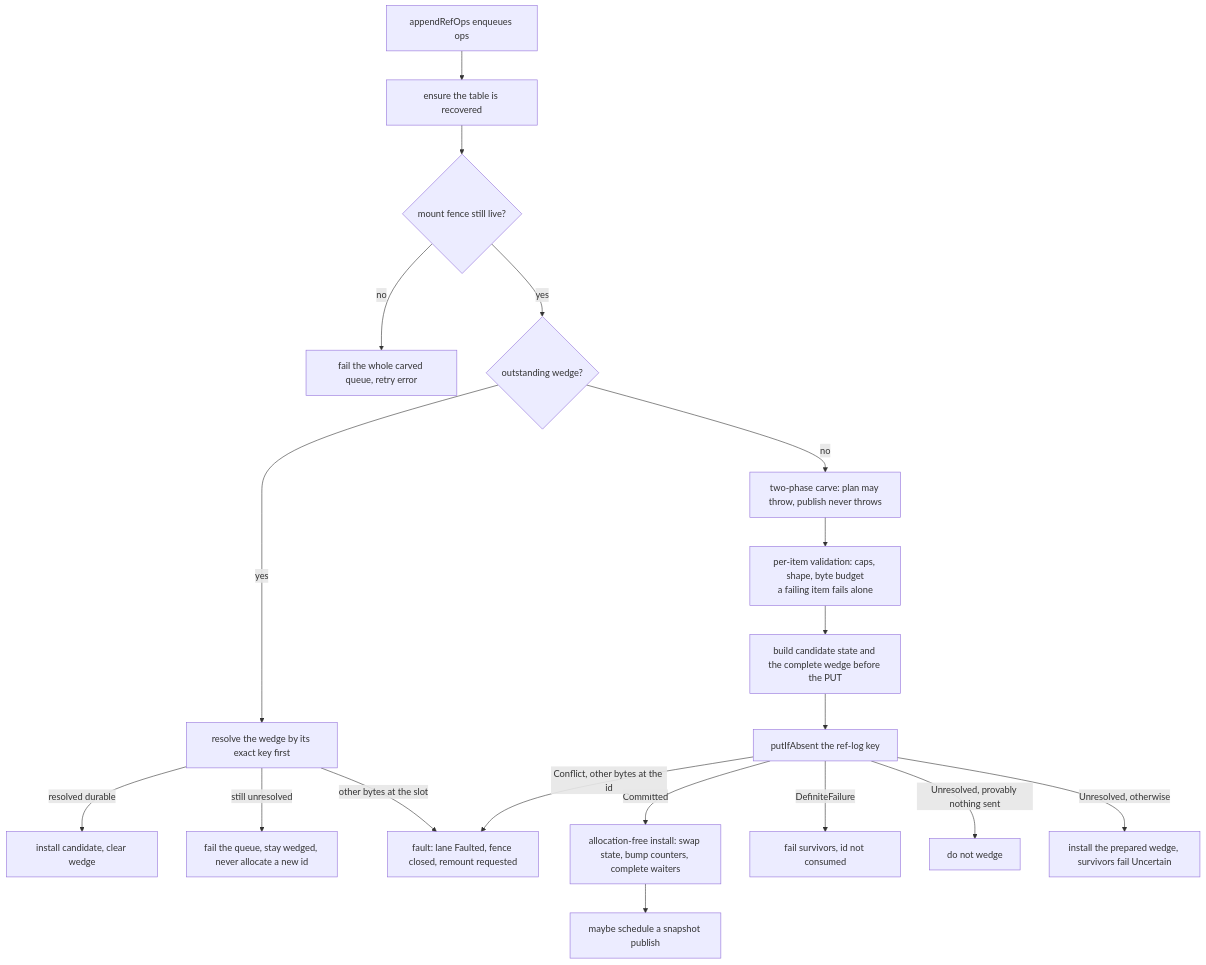
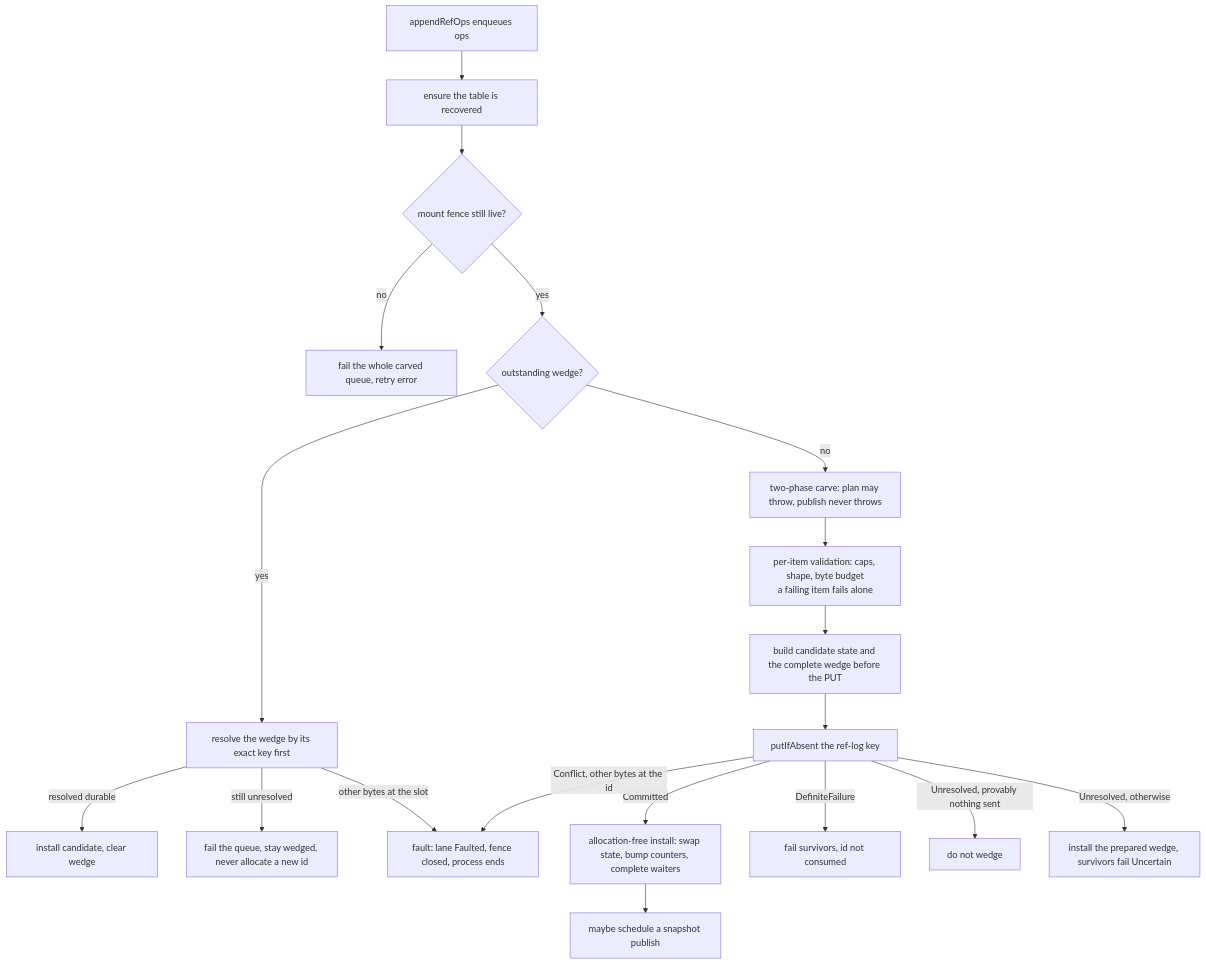
The third of 3 diagrams in docs/en/antalya/cas/architecture/manifests-and-refs.md (filimonov/ClickHouse), drawn with Mermaid before and after one commit. The commit also changed other lines of this file and 37 other files, not shown here.

````diff
--- a/docs/en/antalya/cas/architecture/manifests-and-refs.md
+++ b/docs/en/antalya/cas/architecture/manifests-and-refs.md
@@ -214,21 +214,21 @@
 ```mermaid
 flowchart TD
     Q["appendRefOps enqueues ops"] --> REC["ensure the table is recovered"]
     REC --> FEN{"mount fence still live?"}
     FEN -->|no| FAIL0["fail the whole carved queue, retry error"]
     FEN -->|yes| W{"outstanding wedge?"}
     W -->|yes| WR["resolve the wedge by its exact key first"]
     WR -->|resolved durable| INST0["install candidate, clear wedge"]
     WR -->|still unresolved| FAIL1["fail the queue, stay wedged, never allocate a new id"]
-    WR -->|"other bytes at the slot"| FAULT["fault: lane Faulted, fence closed, remount requested"]
+    WR -->|"other bytes at the slot"| FAULT["fault: lane Faulted, fence closed, process ends"]
     W -->|no| CARVE["two-phase carve: plan may throw, publish never throws"]
     CARVE --> VAL["per-item validation: caps, shape, byte budget<br/>a failing item fails alone"]
     VAL --> PREP["build candidate state and the complete wedge before the PUT"]
     PREP --> PUT["putIfAbsent the ref-log key"]
     PUT -->|Committed| OK["allocation-free install: swap state, bump counters, complete waiters"]
     PUT -->|DefiniteFailure| GAP["fail survivors, id not consumed"]
     PUT -->|"Unresolved, provably nothing sent"| NOSEND["do not wedge"]
     PUT -->|"Unresolved, otherwise"| WEDGE["install the prepared wedge, survivors fail Uncertain"]
     PUT -->|"Conflict, other bytes at the id"| FAULT
     OK --> SNAP["maybe schedule a snapshot publish"]
 ```
````
